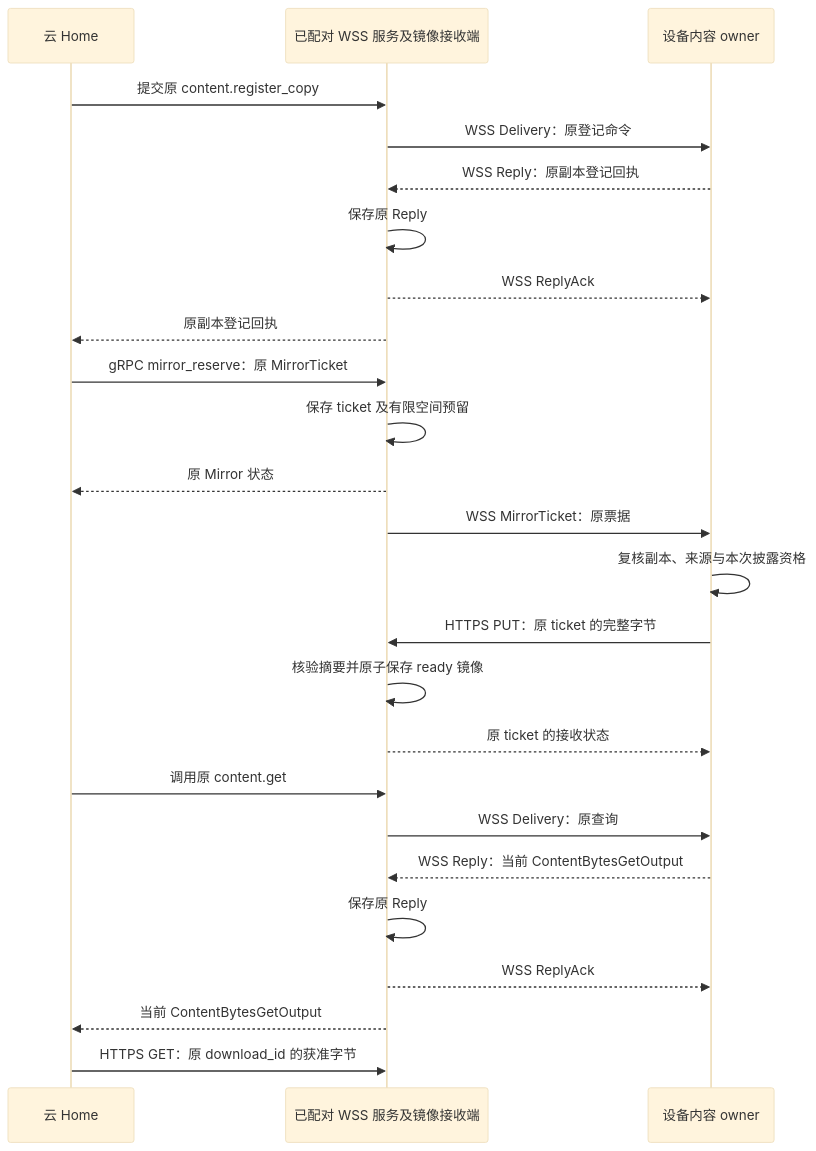
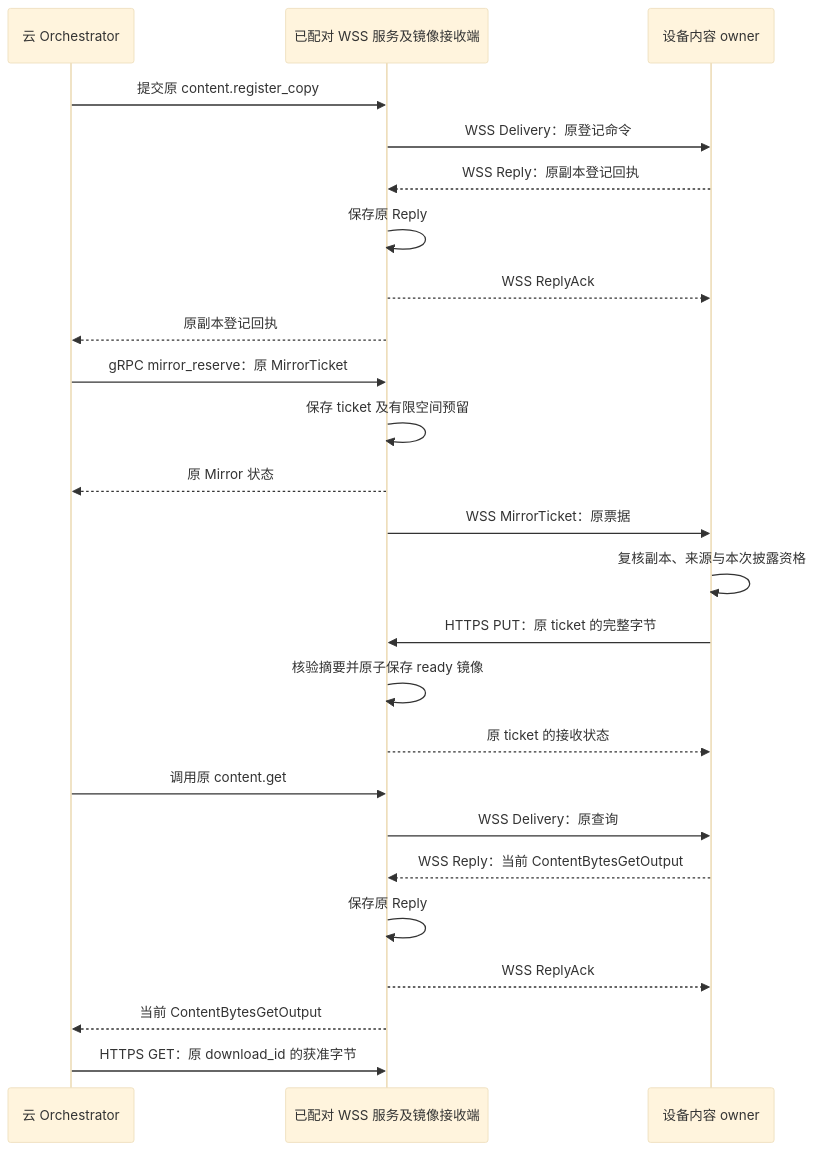
One commit to ruipengliu/lerna changed the eighth of 8 diagrams in docs/architecture/memory/implementation.md. Above: the diagram before and after it, drawn with Mermaid (base theme). The commit also changed other lines of this file and 174 other files, not shown here.

````diff
--- a/docs/architecture/memory/implementation.md
+++ b/docs/architecture/memory/implementation.md
@@ -477,27 +477,27 @@
 ```mermaid
 sequenceDiagram
-    participant H as 云 Home
+    participant H as 云 Orchestrator
     participant R as 已配对 WSS 服务及镜像接收端
     participant O as 设备内容 owner
     H->>R: 提交原 content.register_copy
     R->>O: WSS Delivery：原登记命令
     O-->>R: WSS Reply：原副本登记回执
     R->>R: 保存原 Reply
     R-->>O: WSS ReplyAck
     R-->>H: 原副本登记回执
     H->>R: gRPC mirror_reserve：原 MirrorTicket
     R->>R: 保存 ticket 及有限空间预留
     R-->>H: 原 Mirror 状态
     R->>O: WSS MirrorTicket：原票据
     O->>O: 复核副本、来源与本次披露资格
     O->>R: HTTPS PUT：原 ticket 的完整字节
     R->>R: 核验摘要并原子保存 ready 镜像
     R-->>O: 原 ticket 的接收状态
     H->>R: 调用原 content.get
     R->>O: WSS Delivery：原查询
     O-->>R: WSS Reply：当前 ContentBytesGetOutput
     R->>R: 保存原 Reply
     R-->>O: WSS ReplyAck
     R-->>H: 当前 ContentBytesGetOutput
     H->>R: HTTPS GET：原 download_id 的获准字节
 ```
````
